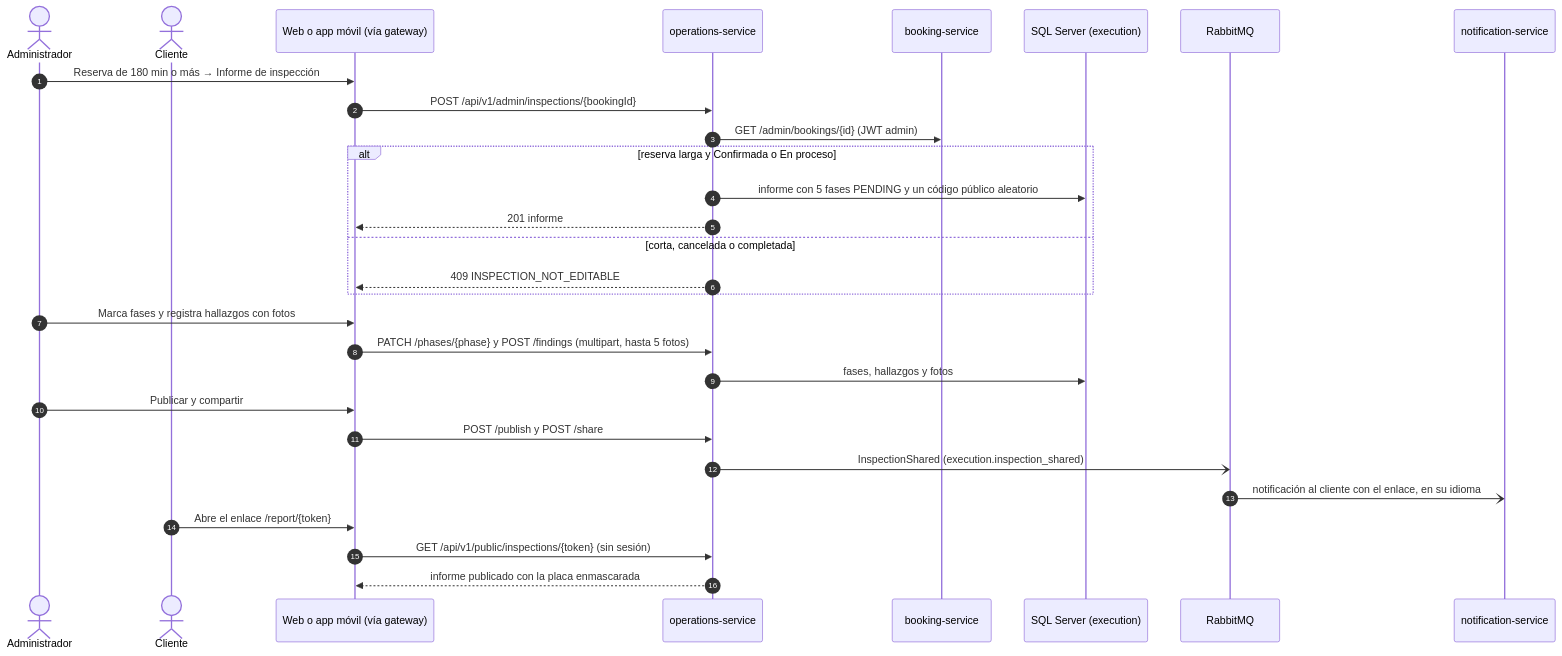
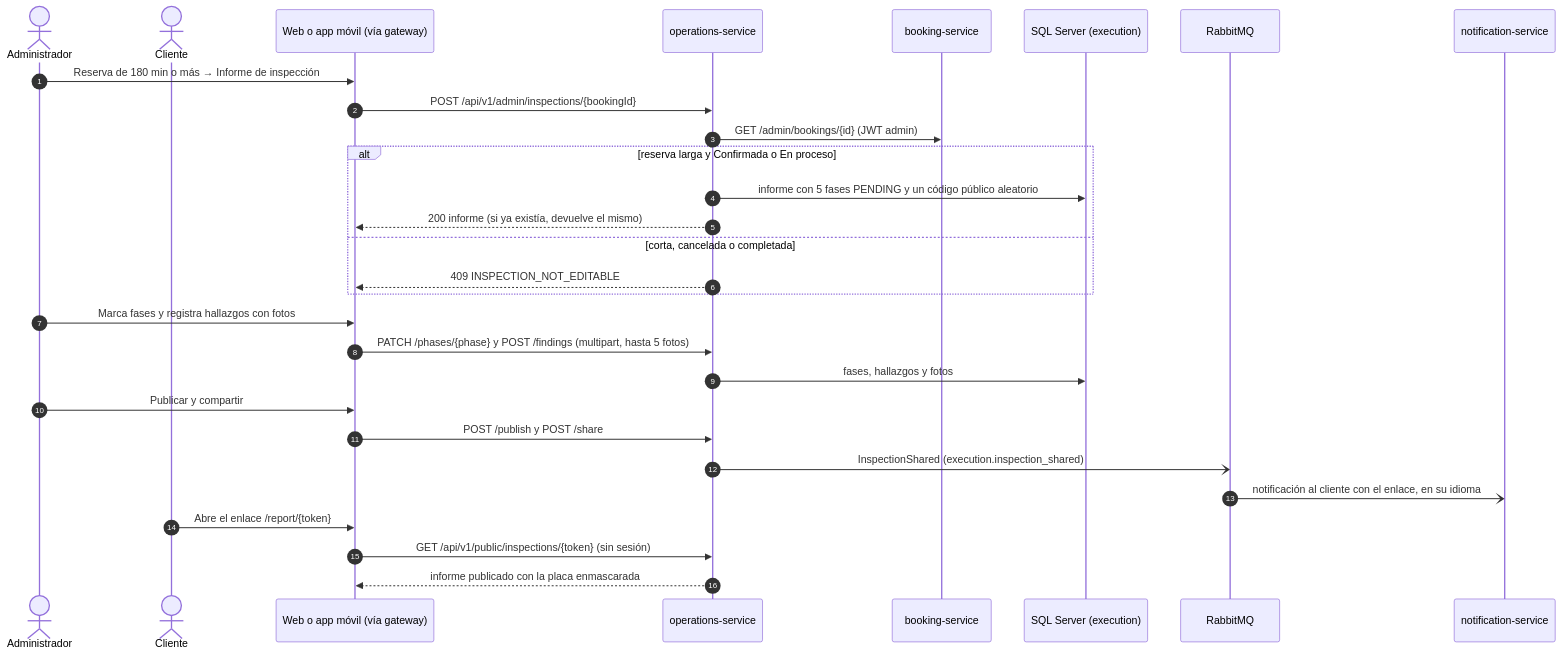
Before and after one commit to BrayanCABRERA123/lavarapido-docs: diagram 13 of 26 in 02_DOCUMENTACION_DE_ANALISIS_DEL_SOFTWARE/ES/MD/documentacion-de-analisis-del-software.md, drawn with Mermaid. The commit also changed other lines of this file and 7 other files, not shown here.

Commit message:
docs(analysis): correct sequences and states against the code and redraw the diagrams (2.3)

````diff
--- a/02_DOCUMENTACION_DE_ANALISIS_DEL_SOFTWARE/ES/MD/documentacion-de-analisis-del-software.md
+++ b/02_DOCUMENTACION_DE_ANALISIS_DEL_SOFTWARE/ES/MD/documentacion-de-analisis-del-software.md
@@ -532,32 +544,32 @@
 ```mermaid
 sequenceDiagram
     autonumber
     actor A as Administrador
     actor C as Cliente
     participant W as Web o app móvil (vía gateway)
     participant OP as operations-service
     participant B as booking-service
     participant DB as SQL Server (execution)
     participant MQ as RabbitMQ
     participant N as notification-service
 
     A->>W: Reserva de 180 min o más → Informe de inspección
     W->>OP: POST /api/v1/admin/inspections/{bookingId}
     OP->>B: GET /admin/bookings/{id} (JWT admin)
     alt reserva larga y Confirmada o En proceso
         OP->>DB: informe con 5 fases PENDING y un código público aleatorio
-        OP-->>W: 201 informe
+        OP-->>W: 200 informe (si ya existía, devuelve el mismo)
     else corta, cancelada o completada
         OP-->>W: 409 INSPECTION_NOT_EDITABLE
     end
     A->>W: Marca fases y registra hallazgos con fotos
     W->>OP: PATCH /phases/{phase} y POST /findings (multipart, hasta 5 fotos)
     OP->>DB: fases, hallazgos y fotos
     A->>W: Publicar y compartir
     W->>OP: POST /publish y POST /share
     OP-)MQ: InspectionShared (execution.inspection_shared)
     MQ-)N: notificación al cliente con el enlace, en su idioma
     C->>W: Abre el enlace /report/{token}
     W->>OP: GET /api/v1/public/inspections/{token} (sin sesión)
     OP-->>W: informe publicado con la placa enmascarada
 ```
````
